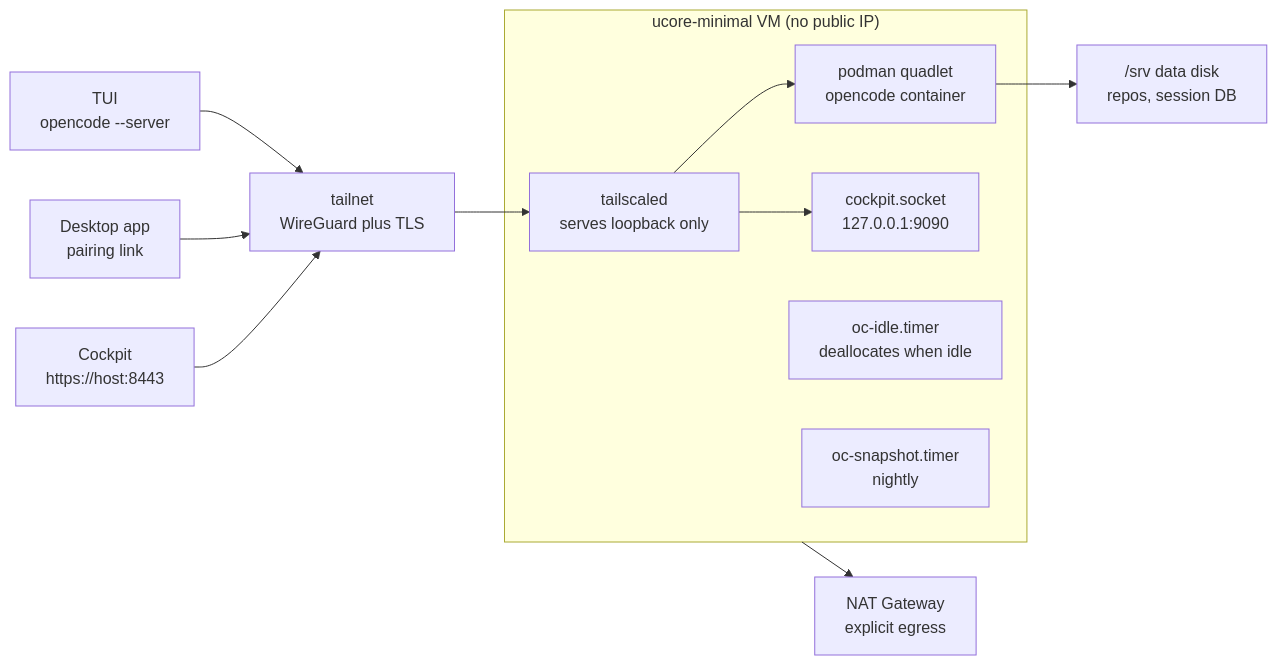
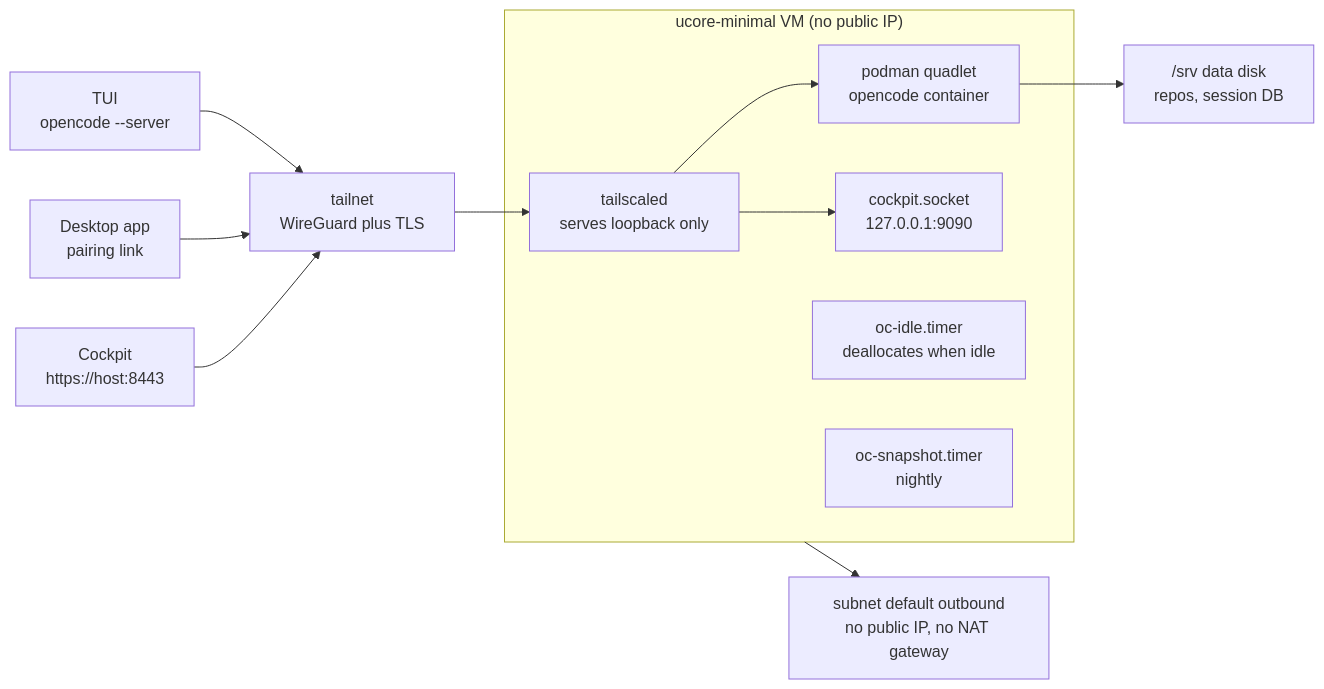
One commit to ultus-net/devbox-oc changed the diagram in README.md. Above: the diagram before and after it, drawn with Mermaid. The commit also changed other lines of this file and 4 other files, not shown here.

````diff
--- a/README.md
+++ b/README.md
@@ -17,18 +17,18 @@
 ```mermaid
 flowchart LR
   TUI["TUI<br/>opencode --server"] --> TN
   DESK["Desktop app<br/>pairing link"] --> TN
   COCK["Cockpit<br/>https://host:8443"] --> TN
   TN["tailnet<br/>WireGuard plus TLS"] --> HOST
   subgraph VM["ucore-minimal VM (no public IP)"]
     HOST["tailscaled<br/>serves loopback only"]
     Q["podman quadlet<br/>opencode container"]
     CP["cockpit.socket<br/>127.0.0.1:9090"]
     IDLE["oc-idle.timer<br/>deallocates when idle"]
     SN["oc-snapshot.timer<br/>nightly"]
     HOST --> Q
     HOST --> CP
   end
   Q --> DD["/srv data disk<br/>repos, session DB"]
-  VM --> NAT["NAT Gateway<br/>explicit egress"]
+  VM --> EGR["subnet default outbound<br/>no public IP, no NAT gateway"]
 ```
````
